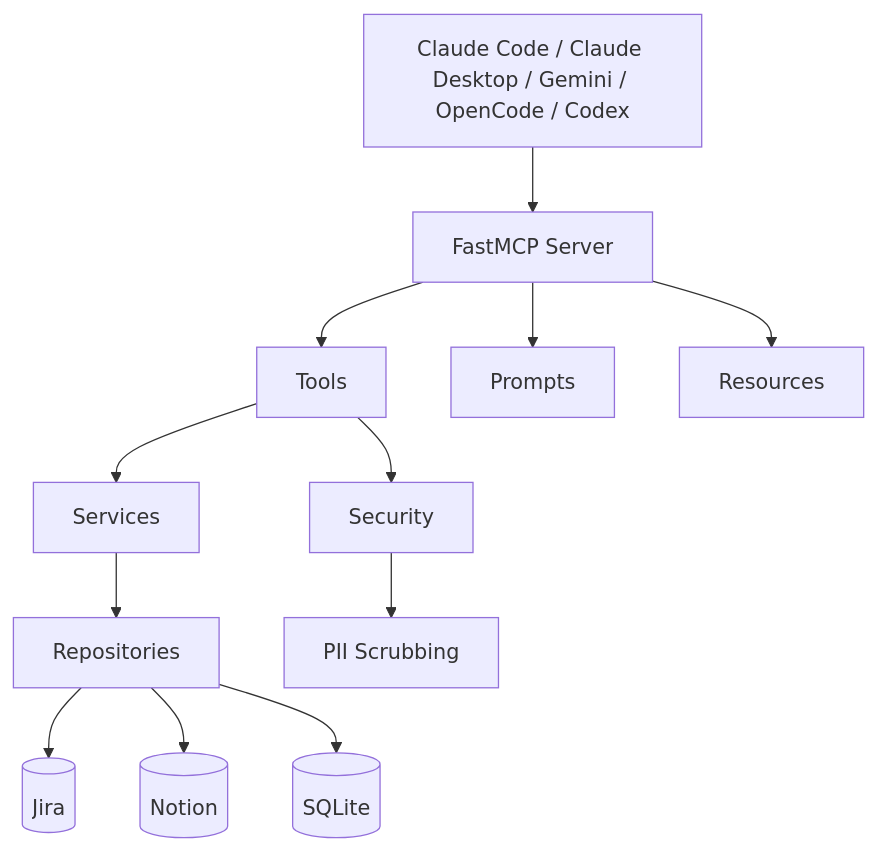
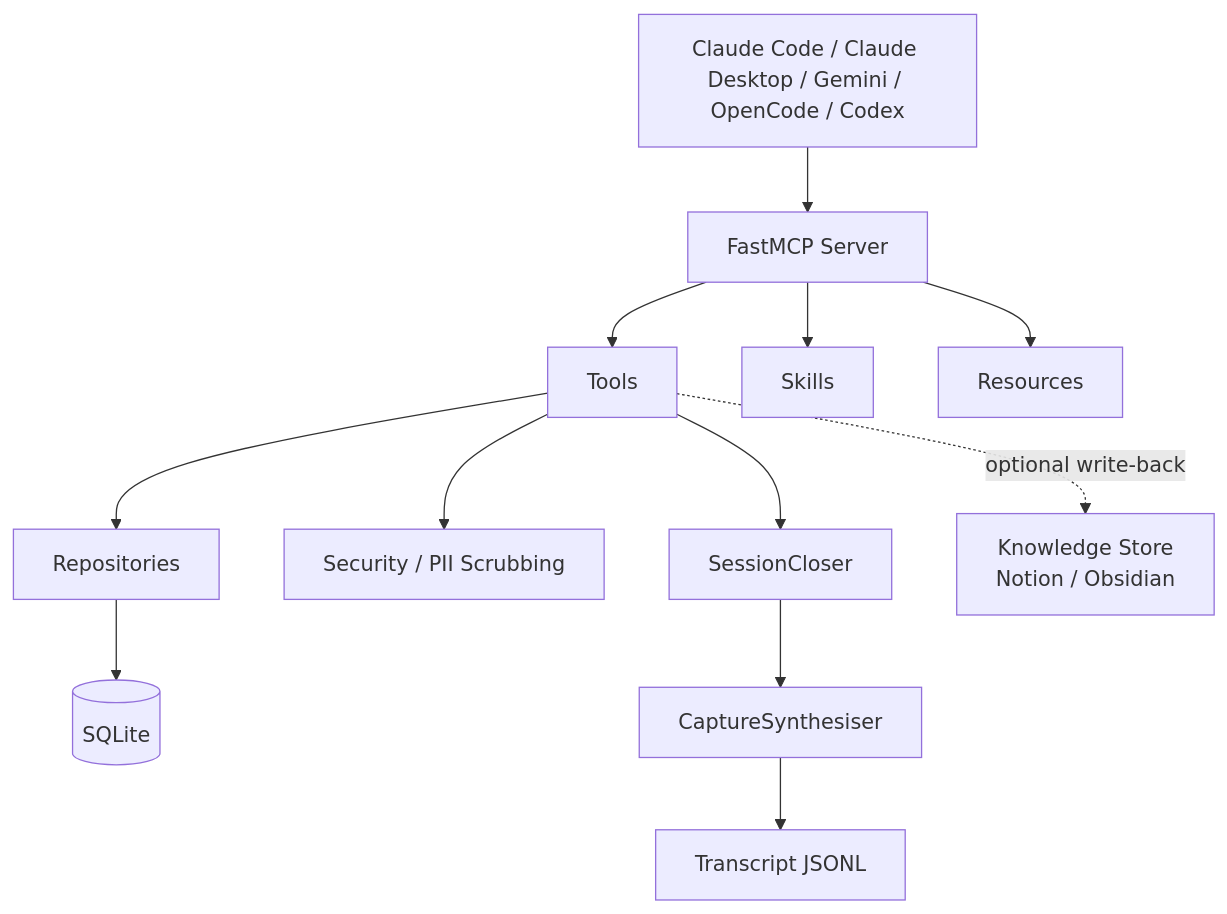
One commit to kiran-capoor94/wizard changed the diagram in README.md. Above: the diagram before and after it, drawn with Mermaid. The commit also changed other lines of this file, not shown here.

Commit message:
docs: update architecture diagram and prose — remove sync, add triage and KS

````diff
--- a/README.md
+++ b/README.md
@@ -115,14 +115,14 @@
 ```mermaid
 graph TD
     A[Claude Code / Claude Desktop / Gemini / OpenCode / Codex] --> B[FastMCP Server]
     B --> C[Tools]
-    B --> D[Prompts]
+    B --> D[Skills]
     B --> E[Resources]
-    C --> F[Services]
-    C --> G[Security]
-    F --> H[Repositories]
-    G --> I[PII Scrubbing]
-    H --> J[(Jira)]
-    H --> K[(Notion)]
-    H --> L[(SQLite)]
+    C --> F[SessionCloser]
+    C --> G[Security / PII Scrubbing]
+    C --> H[Repositories]
+    H --> I[(SQLite)]
+    F --> J[CaptureSynthesiser]
+    J --> K[Transcript JSONL]
+    C -.->|optional write-back| L[Knowledge Store\nNotion / Obsidian]
 ```
````
